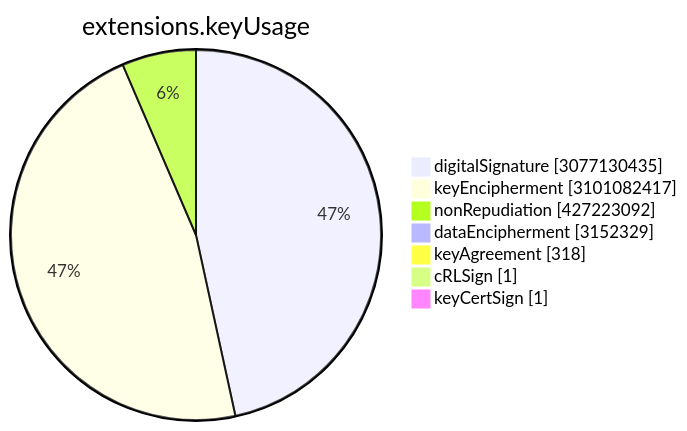
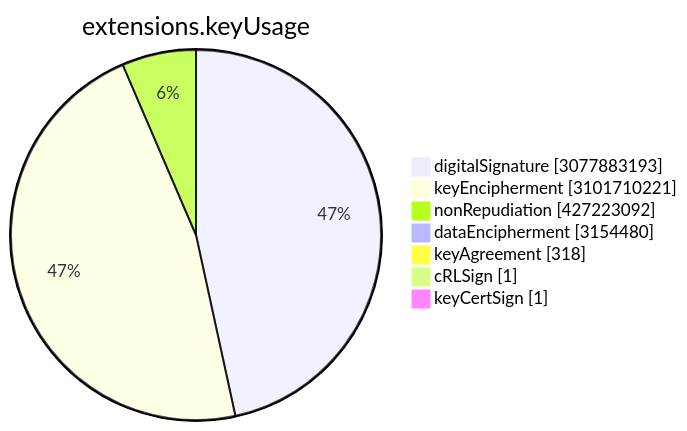
Before and after one commit to christiankrug/ctmonitor_visualization: the sixth of 15 diagrams in TOTAL/README.md, drawn with Mermaid. The commit also changed other lines of this file, not shown here.

````diff
--- a/TOTAL/README.md
+++ b/TOTAL/README.md
@@ -3075,11 +3075,11 @@
 ```mermaid
 pie showData
 title extensions.keyUsage
-"digitalSignature" :3077130435
-"keyEncipherment" :3101082417
+"digitalSignature" :3077883193
+"keyEncipherment" :3101710221
 "nonRepudiation" :427223092
-"dataEncipherment" :3152329
+"dataEncipherment" :3154480
 "keyAgreement" :318
 "cRLSign" :1
 "keyCertSign" :1
 ```
````
